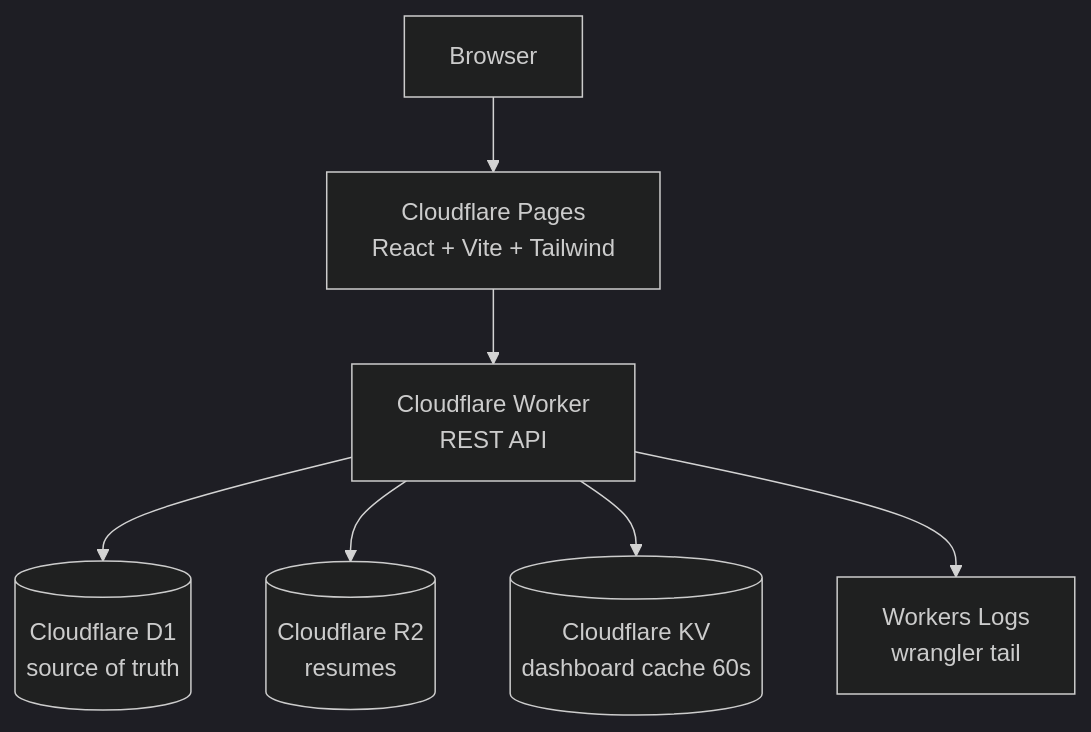
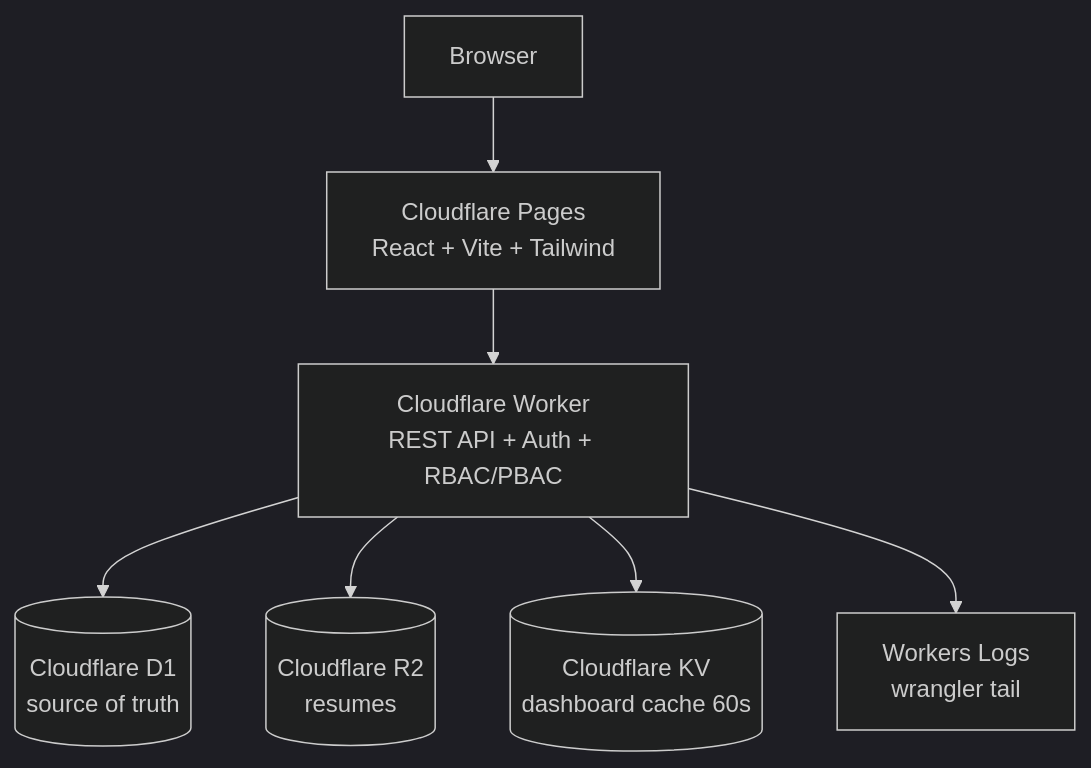
The diagram in README.md (AbhiramMandala/job-tracker), drawn with Mermaid (dark theme) before and after one commit. The commit also changed other lines of this file and 54 other files, not shown here.

````diff
--- a/README.md
+++ b/README.md
@@ -24,9 +25,9 @@
 ```mermaid
 flowchart TD
     Browser --> Pages[Cloudflare Pages\nReact + Vite + Tailwind]
-    Pages --> Worker[Cloudflare Worker\nREST API]
+    Pages --> Worker[Cloudflare Worker\nREST API + Auth + RBAC/PBAC]
     Worker --> D1[(Cloudflare D1\nsource of truth)]
     Worker --> R2[(Cloudflare R2\nresumes)]
     Worker --> KV[(Cloudflare KV\ndashboard cache 60s)]
     Worker --> Logs[Workers Logs\nwrangler tail]
 ```
````
